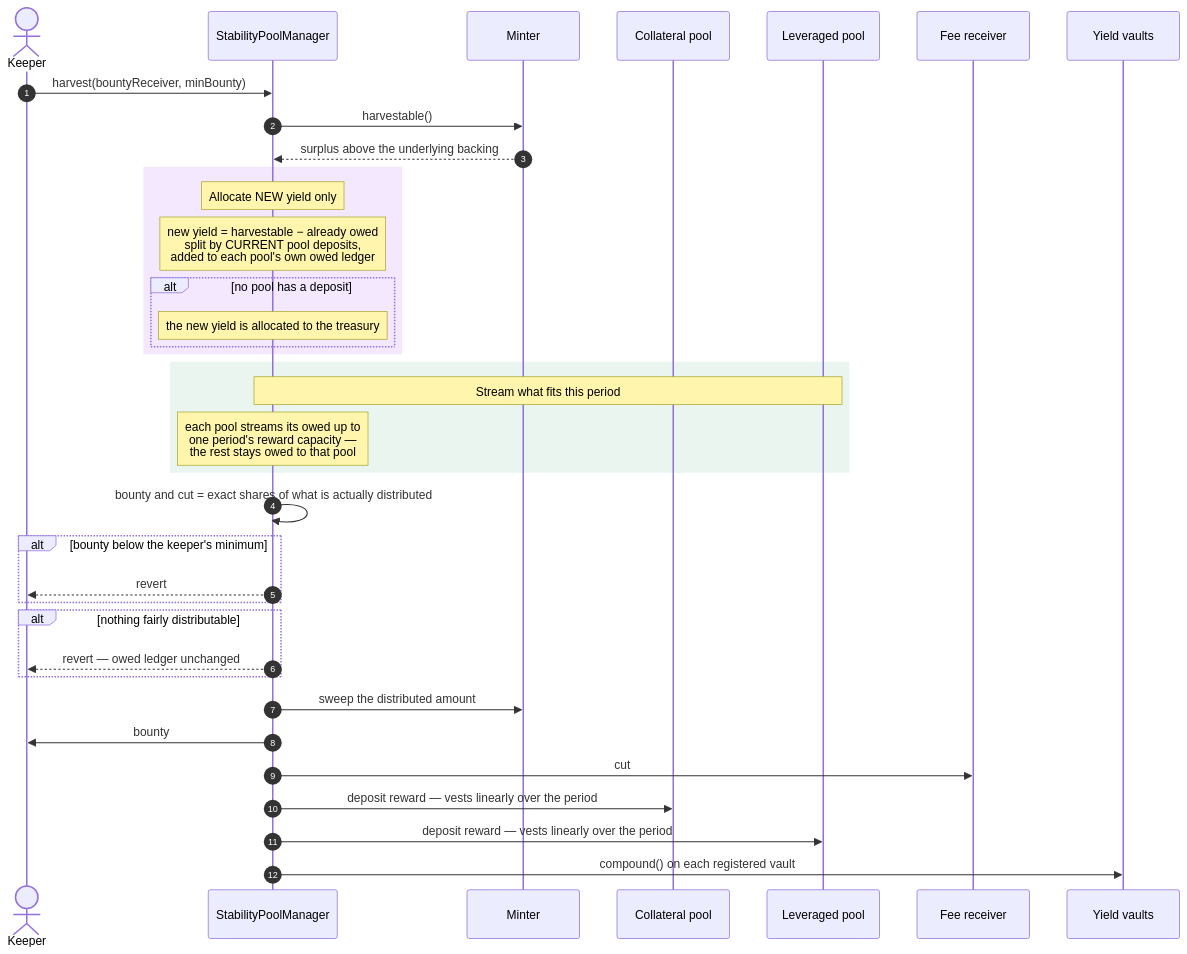
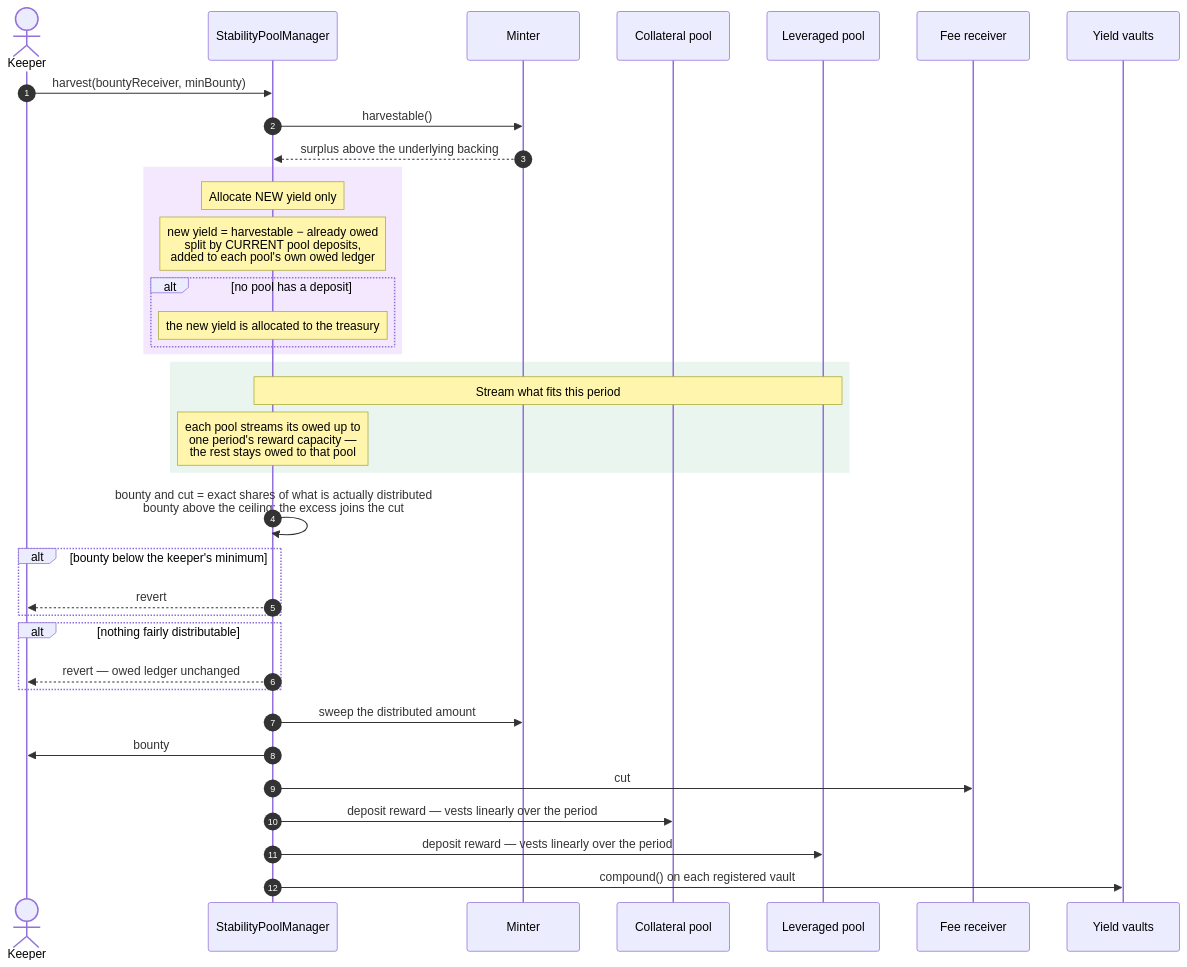
One commit to baofinance/harbor changed the ninth of 16 diagrams in doc/functional-spec.md. Above: the diagram before and after it, drawn with Mermaid. The commit also changed other lines of this file and 17 other files, not shown here.

````diff
--- a/doc/functional-spec.md
+++ b/doc/functional-spec.md
@@ -1436,43 +1452,43 @@
 ```mermaid
 sequenceDiagram
     autonumber
     actor K as Keeper
     participant SPM as StabilityPoolManager
     participant M as Minter
     participant PC as Collateral pool
     participant PL as Leveraged pool
     participant F as Fee receiver
     participant YV as Yield vaults
 
     K->>SPM: harvest(bountyReceiver, minBounty)
     SPM->>M: harvestable()
     M-->>SPM: surplus above the underlying backing
 
     rect rgb(243, 232, 253)
     note over SPM: Allocate NEW yield only
     note over SPM: new yield = harvestable − already owed<br/>split by CURRENT pool deposits,<br/>added to each pool's own owed ledger
     alt no pool has a deposit
         note over SPM: the new yield is allocated to the treasury
     end
     end
 
     rect rgb(233, 245, 238)
     note over SPM,PL: Stream what fits this period
     note over SPM: each pool streams its owed up to<br/>one period's reward capacity —<br/>the rest stays owed to that pool
     end
 
-    SPM->>SPM: bounty and cut = exact shares of what is actually distributed
+    SPM->>SPM: bounty and cut = exact shares of what is actually distributed<br/>bounty above the ceiling: the excess joins the cut
     alt bounty below the keeper's minimum
         SPM-->>K: revert
     end
     alt nothing fairly distributable
         SPM-->>K: revert — owed ledger unchanged
     end
 
     SPM->>M: sweep the distributed amount
     SPM->>K: bounty
     SPM->>F: cut
     SPM->>PC: deposit reward — vests linearly over the period
     SPM->>PL: deposit reward — vests linearly over the period
     SPM->>YV: compound() on each registered vault
 ```
````
